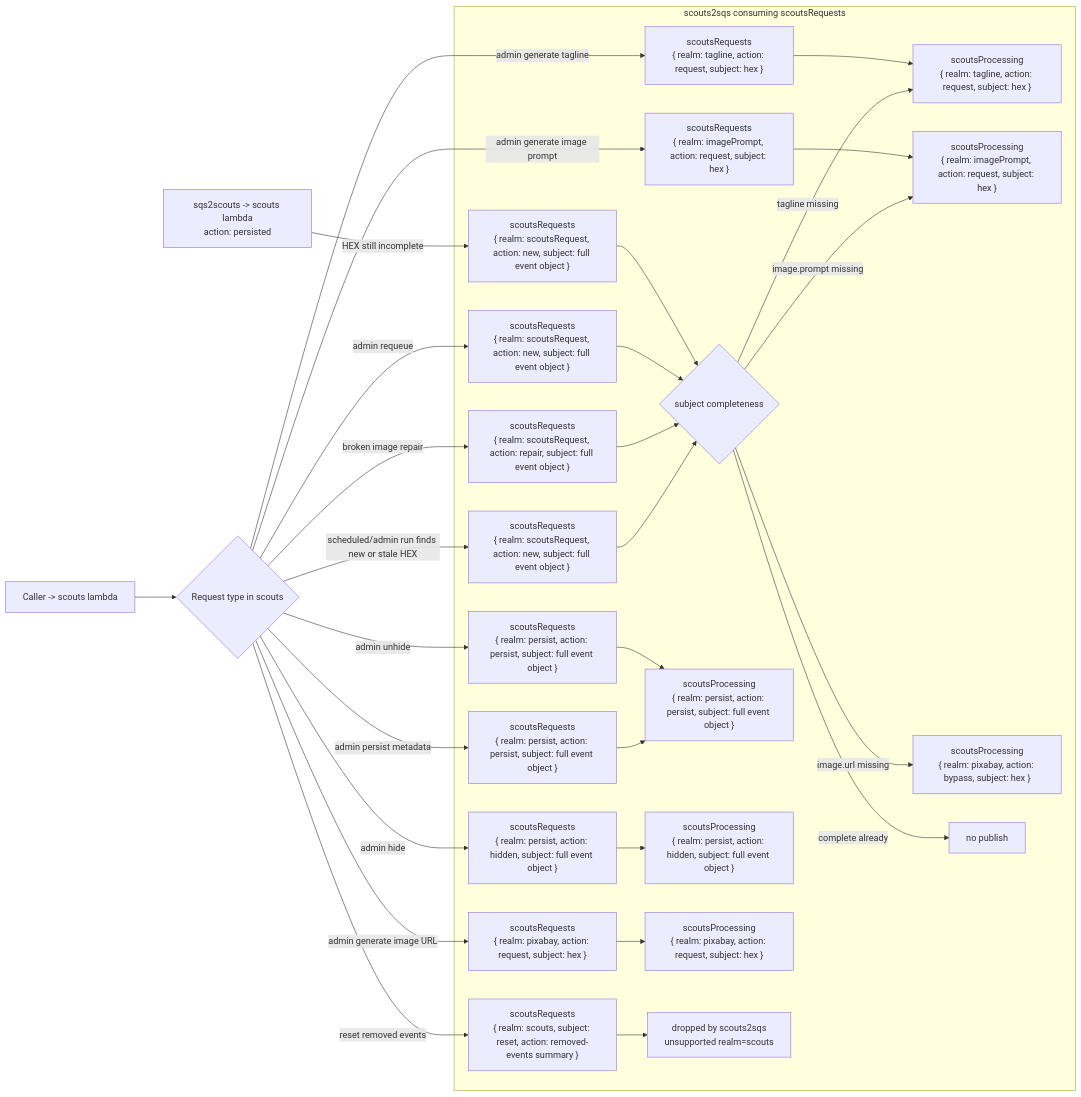
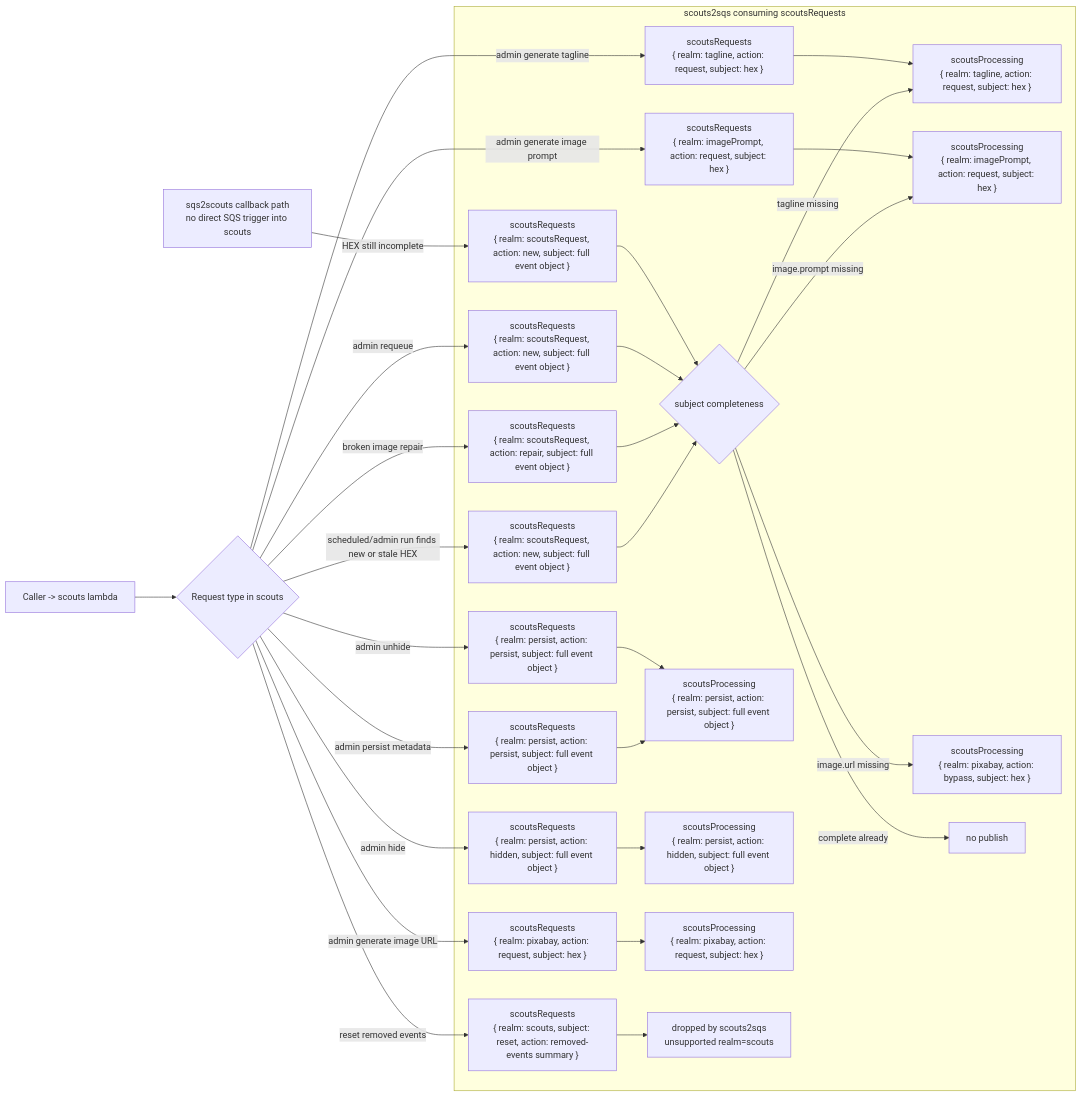
Before and after one commit to antonio1000homens/scouts: the diagram in lambdas/scouts/docs/SCOUTS-REQUEST-PIPELINE.md, drawn with Mermaid. The commit also changed other lines of this file and 1 other file, not shown here.

````diff
--- a/lambdas/scouts/docs/SCOUTS-REQUEST-PIPELINE.md
+++ b/lambdas/scouts/docs/SCOUTS-REQUEST-PIPELINE.md
@@ -18,37 +20,37 @@
 ```mermaid
 flowchart LR
     A["Caller -> scouts lambda"] --> B{"Request type in scouts"}
 
     B -->|"scheduled/admin run finds new or stale HEX"| Q1["scoutsRequests\n{ realm: scoutsRequest, action: new, subject: full event object }"]
     B -->|"broken image repair"| Q2["scoutsRequests\n{ realm: scoutsRequest, action: repair, subject: full event object }"]
     B -->|"admin requeue"| Q3["scoutsRequests\n{ realm: scoutsRequest, action: new, subject: full event object }"]
     B -->|"admin persist metadata"| Q4["scoutsRequests\n{ realm: persist, action: persist, subject: full event object }"]
     B -->|"admin hide"| Q5["scoutsRequests\n{ realm: persist, action: hidden, subject: full event object }"]
     B -->|"admin unhide"| Q6["scoutsRequests\n{ realm: persist, action: persist, subject: full event object }"]
     B -->|"admin generate tagline"| Q7["scoutsRequests\n{ realm: tagline, action: request, subject: hex }"]
     B -->|"admin generate image prompt"| Q8["scoutsRequests\n{ realm: imagePrompt, action: request, subject: hex }"]
     B -->|"admin generate image URL"| Q9["scoutsRequests\n{ realm: pixabay, action: request, subject: hex }"]
     B -->|"reset removed events"| Q10["scoutsRequests\n{ realm: scouts, subject: reset, action: removed-events summary }"]
 
-    C["sqs2scouts -> scouts lambda\naction: persisted"] -->|"HEX still incomplete"| Q11["scoutsRequests\n{ realm: scoutsRequest, action: new, subject: full event object }"]
+    C["sqs2scouts callback path\nno direct SQS trigger into scouts"] -->|"HEX still incomplete"| Q11["scoutsRequests\n{ realm: scoutsRequest, action: new, subject: full event object }"]
 
     subgraph D["scouts2sqs consuming scoutsRequests"]
         Q1 --> E{"subject completeness"}
         Q2 --> E
         Q3 --> E
         Q11 --> E
 
         E -->|"tagline missing"| P1["scoutsProcessing\n{ realm: tagline, action: request, subject: hex }"]
         E -->|"image.prompt missing"| P2["scoutsProcessing\n{ realm: imagePrompt, action: request, subject: hex }"]
         E -->|"image.url missing"| P3["scoutsProcessing\n{ realm: pixabay, action: bypass, subject: hex }"]
         E -->|"complete already"| X1["no publish"]
 
         Q4 --> P4["scoutsProcessing\n{ realm: persist, action: persist, subject: full event object }"]
         Q5 --> P5["scoutsProcessing\n{ realm: persist, action: hidden, subject: full event object }"]
         Q6 --> P4
         Q7 --> P1
         Q8 --> P2
         Q9 --> P6["scoutsProcessing\n{ realm: pixabay, action: request, subject: hex }"]
         Q10 --> X2["dropped by scouts2sqs\nunsupported realm=scouts"]
     end
 ```
````
